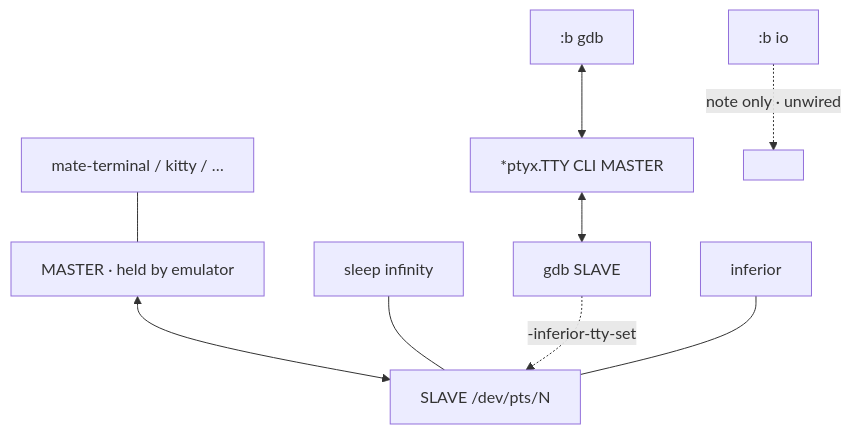
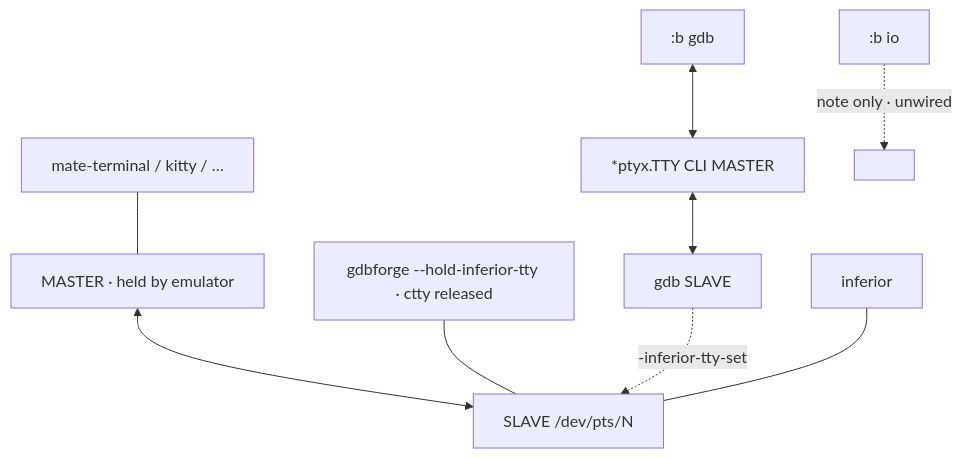
Before and after one commit to yairgd/gdbforge: the third of 5 diagrams in docs/PTY_ARCHITECTURE.md, drawn with Mermaid. The commit also changed other lines of this file and 9 other files, not shown here.

````diff
--- a/docs/PTY_ARCHITECTURE.md
+++ b/docs/PTY_ARCHITECTURE.md
@@ -243,14 +245,14 @@
 ```mermaid
 flowchart TB
   GDBW[":b gdb"] <--> M1["*ptyx.TTY CLI MASTER"]
   M1 <--> GDB["gdb SLAVE"]
 
   Term["mate-terminal / kitty / …"]
   Term --- Mext["MASTER · held by emulator"]
   Mext <--> Sext["SLAVE /dev/pts/N"]
-  Hold["sleep infinity"] --- Sext
+  Hold["gdbforge --hold-inferior-tty · ctty released"] --- Sext
   GDB -.->|"-inferior-tty-set"| Sext
   Prog["inferior"] --- Sext
 
   IOW[":b io"] -.->|"note only · unwired"| X[ ]
 ```
````
